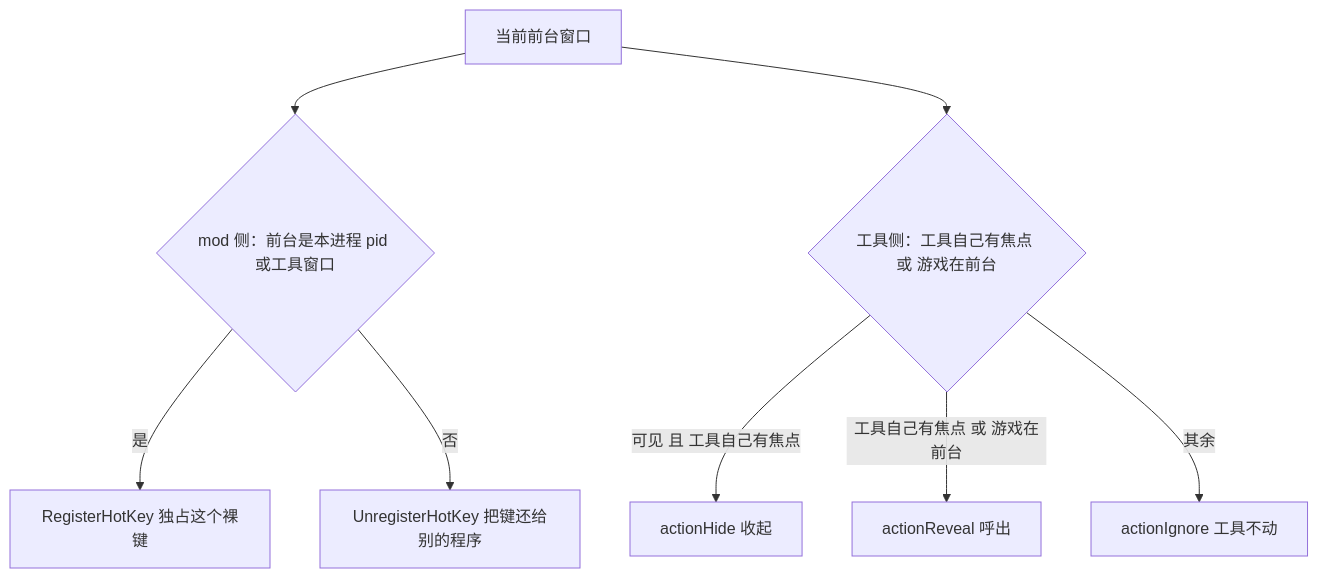
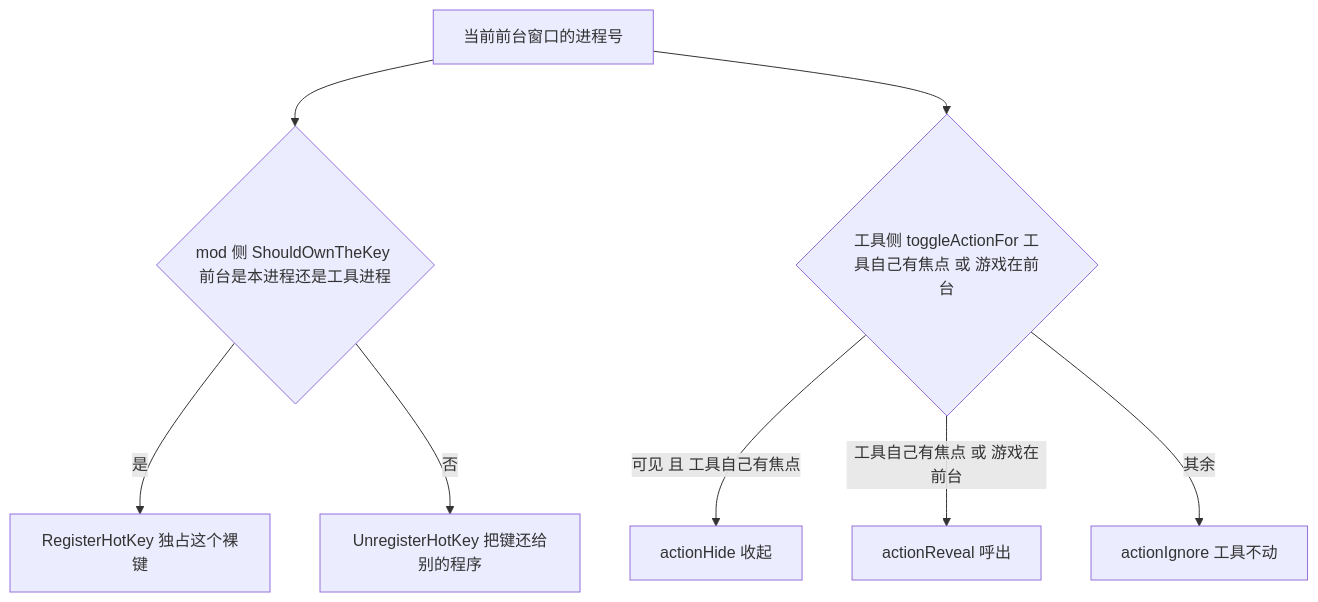
One commit to baagod/GBFR-Sigil-Loadout changed the second of 4 diagrams in openwiki/workflows/hotkey-summon.md. Above: the diagram before and after it, drawn with Mermaid. The commit also changed other lines of this file and 52 other files, not shown here.

````diff
--- a/openwiki/workflows/hotkey-summon.md
+++ b/openwiki/workflows/hotkey-summon.md
@@ -75,10 +79,10 @@
 ```mermaid
 flowchart TD
-    Fg["当前前台窗口"] --> M{"mod 侧：前台是本进程 pid 或工具窗口"}
-    Fg --> T{"工具侧：工具自己有焦点 或 游戏在前台"}
+    Fg["当前前台窗口的进程号"] --> M{"mod 侧 ShouldOwnTheKey 前台是本进程还是工具进程"}
+    Fg --> T{"工具侧 toggleActionFor 工具自己有焦点 或 游戏在前台"}
     M -->|"是"| Reg["RegisterHotKey 独占这个裸键"]
     M -->|"否"| Rel["UnregisterHotKey 把键还给别的程序"]
     T -->|"可见 且 工具自己有焦点"| Hide["actionHide 收起"]
     T -->|"工具自己有焦点 或 游戏在前台"| Reveal["actionReveal 呼出"]
     T -->|"其余"| Ignore["actionIgnore 工具不动"]
 ```
````
